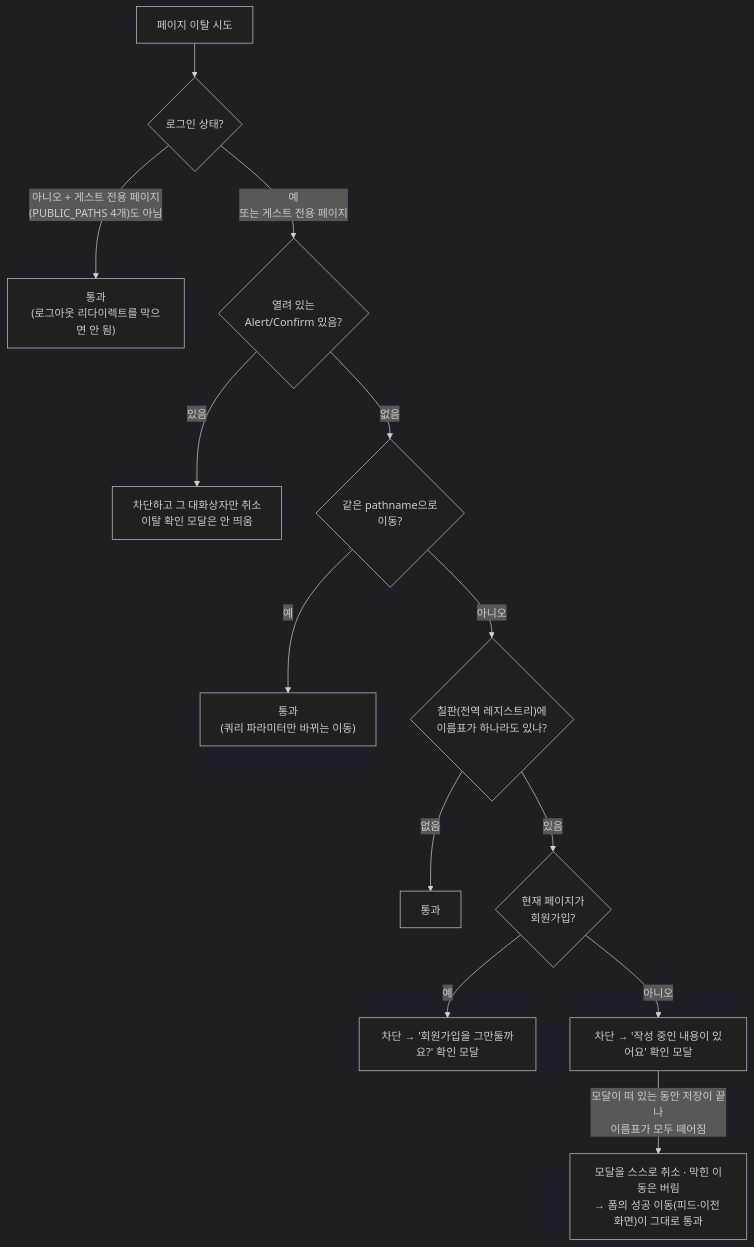
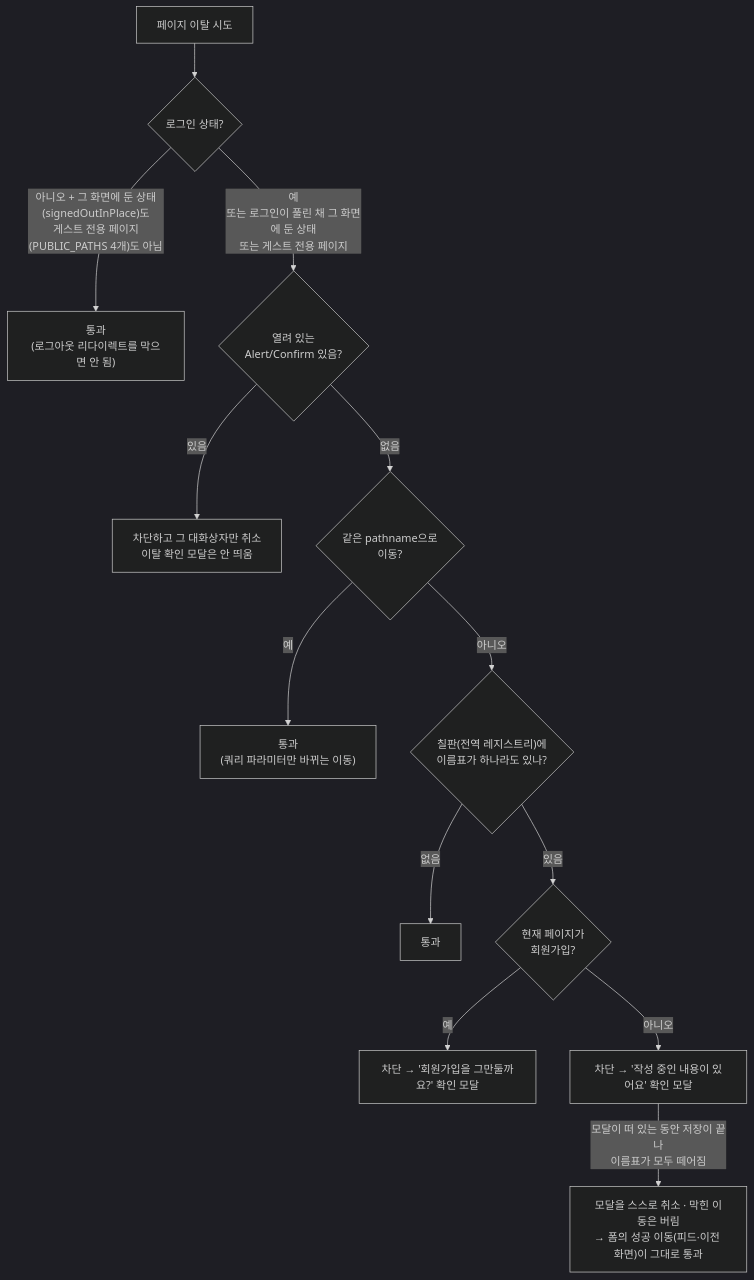
The diagram in docs/UNSAVED-CHANGES-GUARD.md (BAECHAN/link-sphere_FE_NEW), drawn with Mermaid (dark theme) before and after one commit. The commit also changed other lines of this file and 56 other files, not shown here.

First line of the commit message:
feat(auth): 로그인이 풀려도 쓰던 화면에 두고 그 자리에서 다시 로그인 (#450)

````diff
--- a/docs/UNSAVED-CHANGES-GUARD.md
+++ b/docs/UNSAVED-CHANGES-GUARD.md
@@ -30,15 +30,15 @@
 ```mermaid
 flowchart TD
   Nav["페이지 이탈 시도"] --> Auth{"로그인 상태?"}
-  Auth -->|"아니오 + 게스트 전용 페이지<br/>(PUBLIC_PATHS 4개)도 아님"| Allow1["통과<br/>(로그아웃 리다이렉트를 막으면 안 됨)"]
-  Auth -->|"예<br/>또는 게스트 전용 페이지"| AlertOpen{"열려 있는<br/>Alert/Confirm 있음?"}
+  Auth -->|"아니오 + 그 화면에 둔 상태(signedOutInPlace)도<br/>게스트 전용 페이지(PUBLIC_PATHS 4개)도 아님"| Allow1["통과<br/>(로그아웃 리다이렉트를 막으면 안 됨)"]
+  Auth -->|"예<br/>또는 로그인이 풀린 채 그 화면에 둔 상태<br/>또는 게스트 전용 페이지"| AlertOpen{"열려 있는<br/>Alert/Confirm 있음?"}
   AlertOpen -->|있음| BlockAlert["차단하고 그 대화상자만 취소<br/>이탈 확인 모달은 안 띄움"]
   AlertOpen -->|없음| SamePath{"같은 pathname으로<br/>이동?"}
   SamePath -->|예| Allow2["통과<br/>(쿼리 파라미터만 바뀌는 이동)"]
   SamePath -->|아니오| Dirty{"칠판(전역 레지스트리)에<br/>이름표가 하나라도 있나?"}
   Dirty -->|없음| Allow3["통과"]
   Dirty -->|있음| Page{"현재 페이지가<br/>회원가입?"}
   Page -->|예| BlockSignup["차단 → '회원가입을 그만둘까요?' 확인 모달"]
   Page -->|아니오| BlockConfirm["차단 → '작성 중인 내용이 있어요' 확인 모달"]
   BlockConfirm -->|"모달이 떠 있는 동안 저장이 끝나<br/>이름표가 모두 떼어짐"| AutoClose["모달을 스스로 취소 · 막힌 이동은 버림<br/>→ 폼의 성공 이동(피드·이전 화면)이 그대로 통과"]
 ```
````
